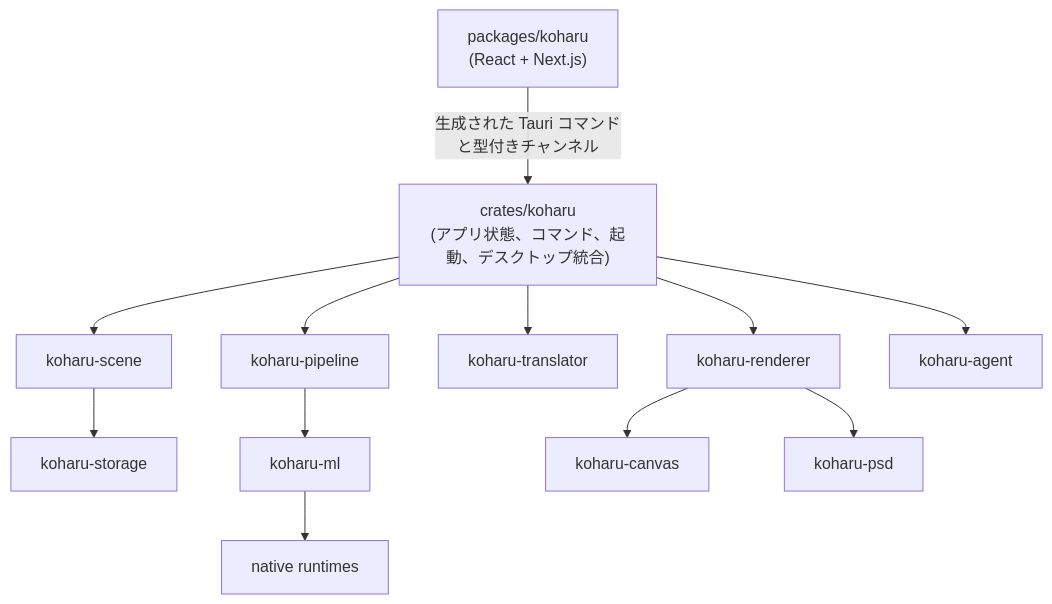
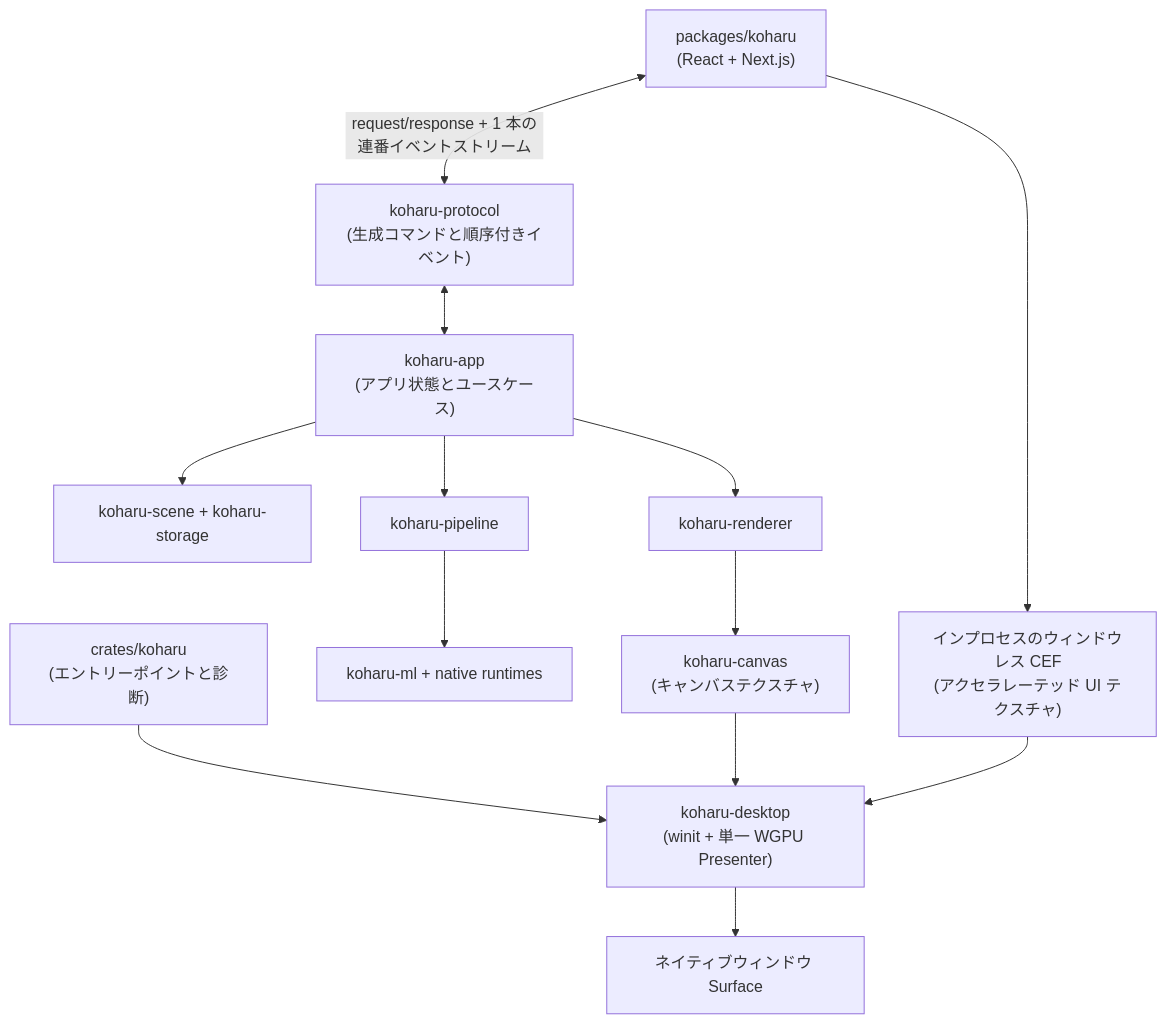
One commit to mayocream/koharu changed the diagram in docs/ja-JP/development/architecture.md. Above: the diagram before and after it, drawn with Mermaid. The commit also changed other lines of this file and 162 other files, not shown here.

Commit message:
refactor: use CEF to replace Tauri

````diff
--- a/docs/ja-JP/development/architecture.md
+++ b/docs/ja-JP/development/architecture.md
@@ -10,24 +10,25 @@
 ```mermaid
 flowchart TB
   frontend["packages/koharu<br/>(React + Next.js)"]
-  app["crates/koharu<br/>(アプリ状態、コマンド、起動、デスクトップ統合)"]
-  scene["koharu-scene"]
-  storage["koharu-storage"]
+  protocol["koharu-protocol<br/>(生成コマンドと順序付きイベント)"]
+  entry["crates/koharu<br/>(エントリーポイントと診断)"]
+  app["koharu-app<br/>(アプリ状態とユースケース)"]
+  scene["koharu-scene + koharu-storage"]
   pipeline["koharu-pipeline"]
-  ml["koharu-ml"]
-  native["native runtimes"]
-  translator["koharu-translator"]
+  ml["koharu-ml + native runtimes"]
   renderer["koharu-renderer"]
-  canvas["koharu-canvas"]
-  psd["koharu-psd"]
-  agent["koharu-agent"]
+  canvas["koharu-canvas<br/>(キャンバステクスチャ)"]
+  cef["インプロセスのウィンドウレス CEF<br/>(アクセラレーテッド UI テクスチャ)"]
+  desktop["koharu-desktop<br/>(winit + 単一 WGPU Presenter)"]
+  surface["ネイティブウィンドウ Surface"]
 
-  frontend -->|"生成された Tauri コマンド<br/>と型付きチャンネル"| app
-  app --> scene --> storage
-  app --> pipeline --> ml --> native
-  app --> translator
-  app --> renderer
-  renderer --> canvas
-  renderer --> psd
-  app --> agent
+  entry --> desktop
+  frontend <-->|"request/response + 1 本の連番イベントストリーム"| protocol
+  protocol <--> app
+  app --> scene
+  app --> pipeline --> ml
+  app --> renderer --> canvas
+  frontend --> cef
+  cef --> desktop
+  canvas --> desktop --> surface
 ```
````
